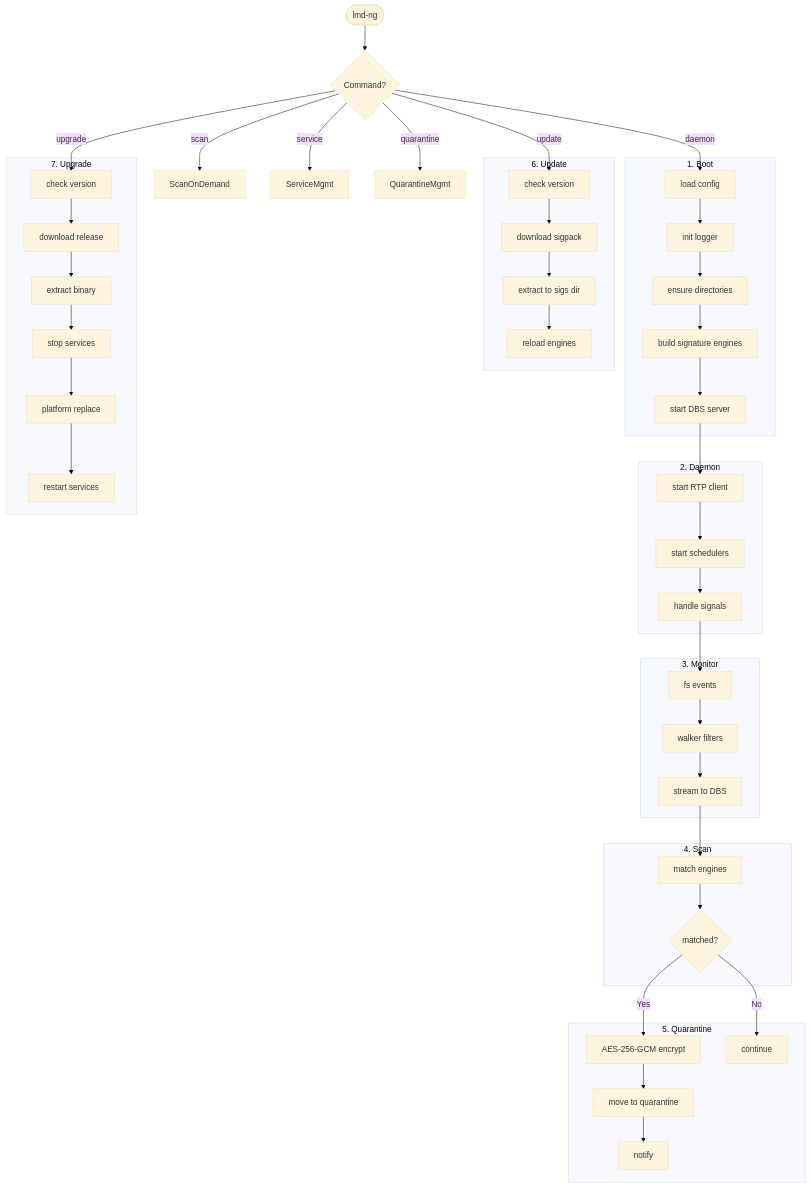
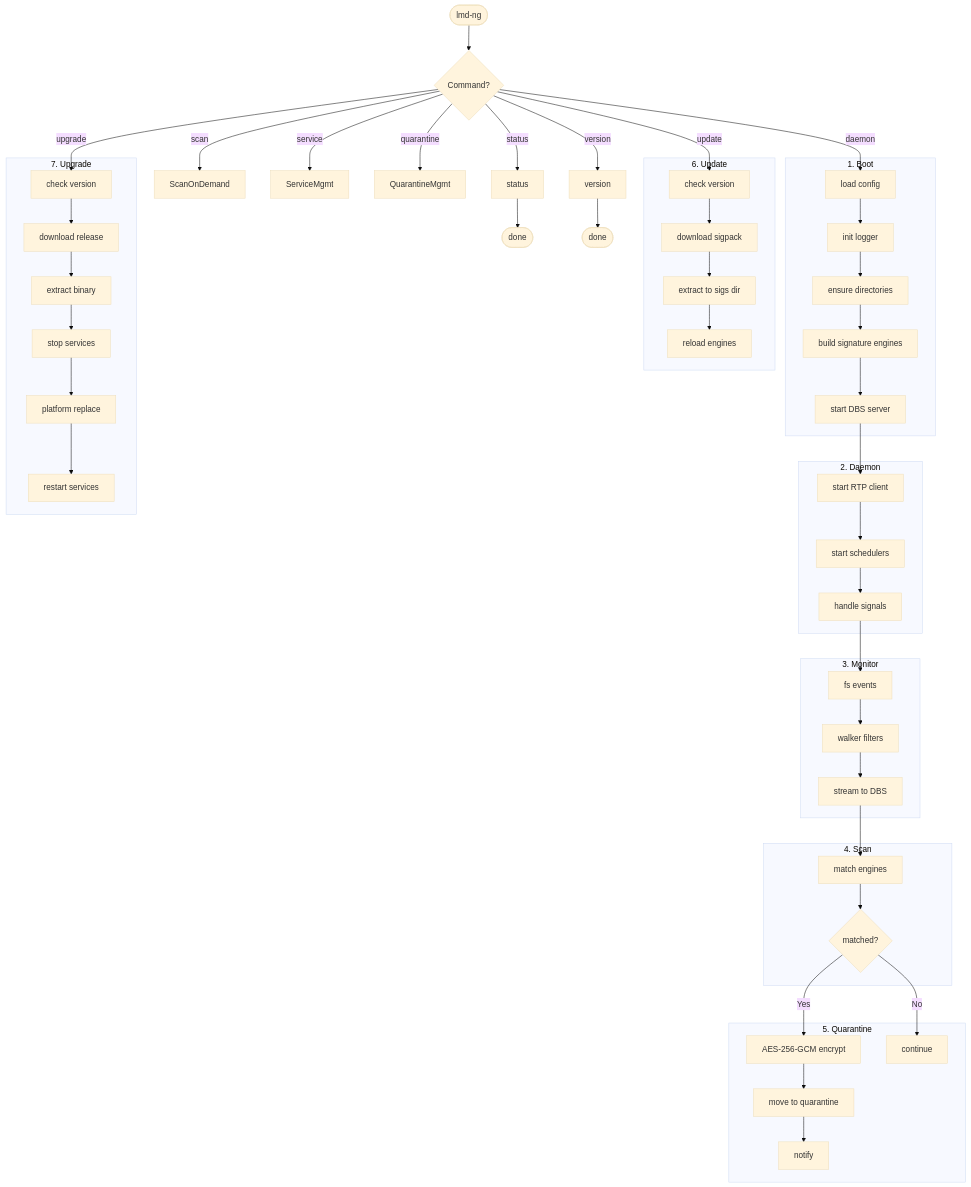
One commit to dimaskiddo/lmd-ng changed the first of 4 diagrams in docs/WORKFLOWS.md. Above: the diagram before and after it, drawn with Mermaid (base theme). The commit also changed other lines of this file and 3 other files, not shown here.

First line of the commit message:
docs: sync README, ARCHITECTURE, WORKFLOWS, AGENTS with current code

````diff
--- a/docs/WORKFLOWS.md
+++ b/docs/WORKFLOWS.md
@@ -9,55 +9,60 @@
 ```mermaid
 flowchart TD
     Start([lmd-ng]) --> Route{Command?}
     Route -- "daemon" --> Boot
     Route -- "scan <path>" --> ScanOnDemand
     Route -- "update" --> SigUpdate
     Route -- "service" --> ServiceMgmt
     Route -- "quarantine" --> QuarantineMgmt
     Route -- "upgrade" --> UpgradeFlow
+    Route -- "status" --> StatusDisplay
+    Route -- "version" --> VersionDisplay
+
+    StatusDisplay[status] --> EndStatus([done])
+    VersionDisplay[version] --> EndVersion([done])
 
     subgraph S1["1. Boot"]
         Boot[load config] --> InitLog[init logger]
         InitLog --> EnsureDirs[ensure directories]
         EnsureDirs --> BuildEngines[build signature engines]
         BuildEngines --> StartDBS[start DBS server]
     end
 
     subgraph S2["2. Daemon"]
         StartDBS --> StartRTP[start RTP client]
         StartRTP --> StartSched[start schedulers]
         StartSched --> HandleSignal[handle signals]
     end
 
     subgraph S3["3. Monitor"]
         HandleSignal --> Monitor[fs events]
         Monitor --> Filter[walker filters]
         Filter --> StreamToDBS[stream to DBS]
     end
 
     subgraph S4["4. Scan"]
         StreamToDBS --> MatchEngines[match engines]
         MatchEngines --> Result{matched?}
     end
 
     subgraph S5["5. Quarantine"]
         Result -- Yes --> Encrypt[AES-256-GCM encrypt]
         Encrypt --> Move[move to quarantine]
         Move --> Notify[notify]
         Result -- No --> Skip[continue]
     end
 
     subgraph S6["6. Update"]
         SigUpdate[check version] --> Download[download sigpack]
         Download --> Extract[extract to sigs dir]
         Extract --> ReloadEngines[reload engines]
     end
 
     subgraph S7["7. Upgrade"]
         UpgradeFlow[check version] --> DL[download release]
         DL --> ExtractBin[extract binary]
         ExtractBin --> StopSvc[stop services]
         StopSvc --> Replace[platform replace]
         Replace --> StartSvc[restart services]
     end
 ```
````
